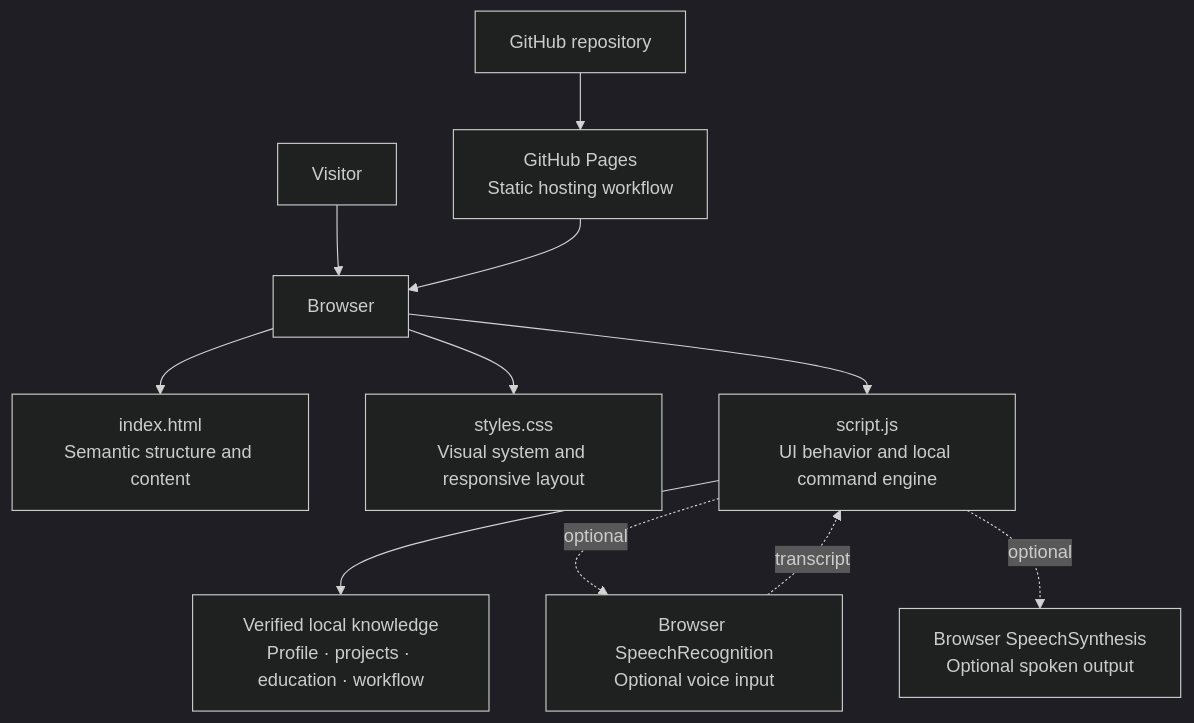
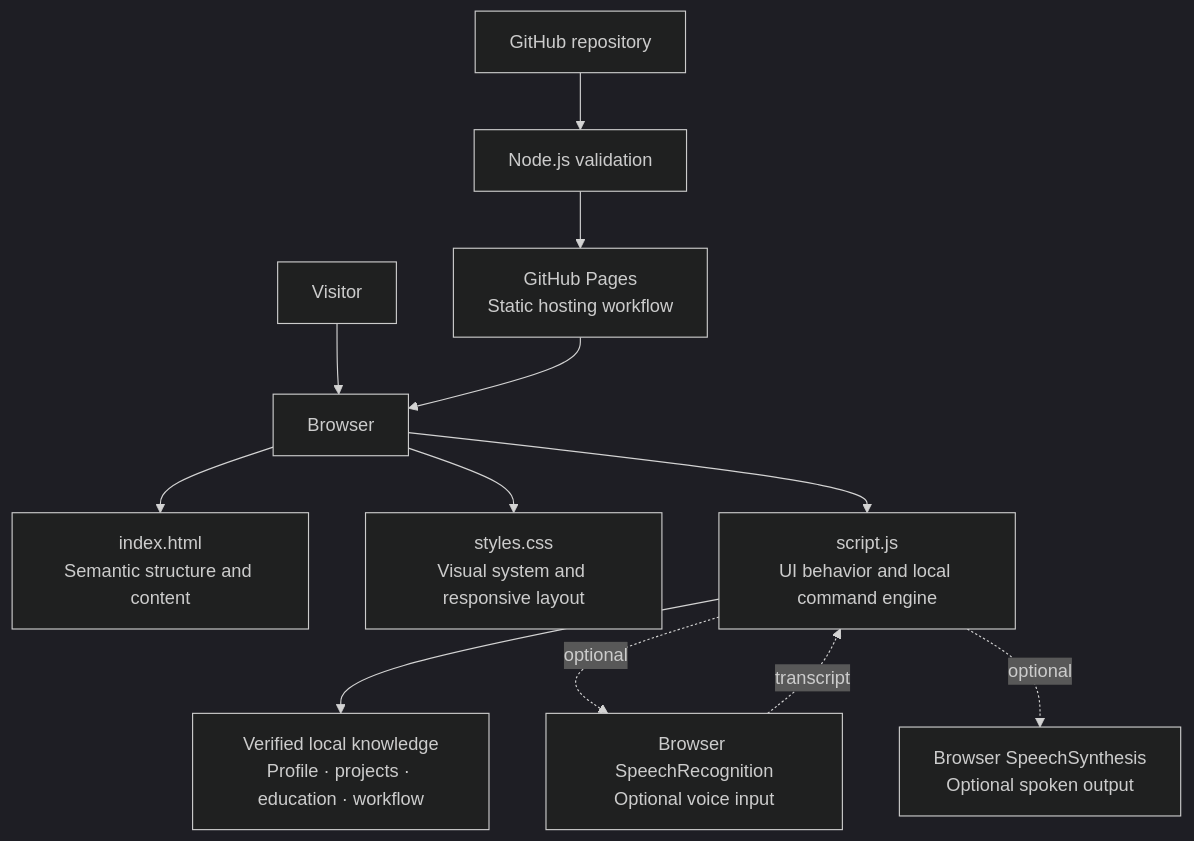
One commit to shakha1210-pixel/About-me-Portfolio changed the first of 3 diagrams in .meta/architecture/system-overview.md. Above: the diagram before and after it, drawn with Mermaid (dark theme). The commit also changed other lines of this file, not shown here.

Commit message:
Document validation and CI architecture

````diff
--- a/.meta/architecture/system-overview.md
+++ b/.meta/architecture/system-overview.md
@@ -15,24 +15,26 @@
 ```mermaid
 flowchart TB
     Visitor["Visitor"]
     Browser["Browser"]
     HTML["index.html<br/>Semantic structure and content"]
     CSS["styles.css<br/>Visual system and responsive layout"]
     JS["script.js<br/>UI behavior and local command engine"]
     KB["Verified local knowledge<br/>Profile · projects · education · workflow"]
     VoiceIn["Browser SpeechRecognition<br/>Optional voice input"]
     VoiceOut["Browser SpeechSynthesis<br/>Optional spoken output"]
     GH["GitHub repository"]
+    CI["Node.js validation"]
     Pages["GitHub Pages<br/>Static hosting workflow"]
 
     Visitor --> Browser
     Browser --> HTML
     Browser --> CSS
     Browser --> JS
     JS --> KB
     JS -. optional .-> VoiceIn
     VoiceIn -. transcript .-> JS
     JS -. optional .-> VoiceOut
-    GH --> Pages
+    GH --> CI
+    CI --> Pages
     Pages --> Browser
 ```
````
